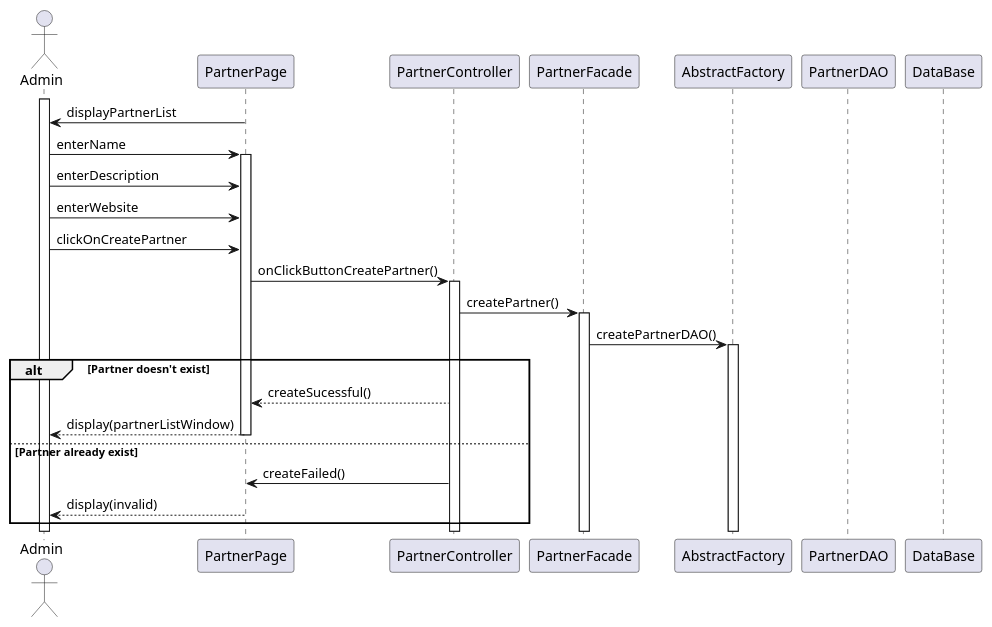
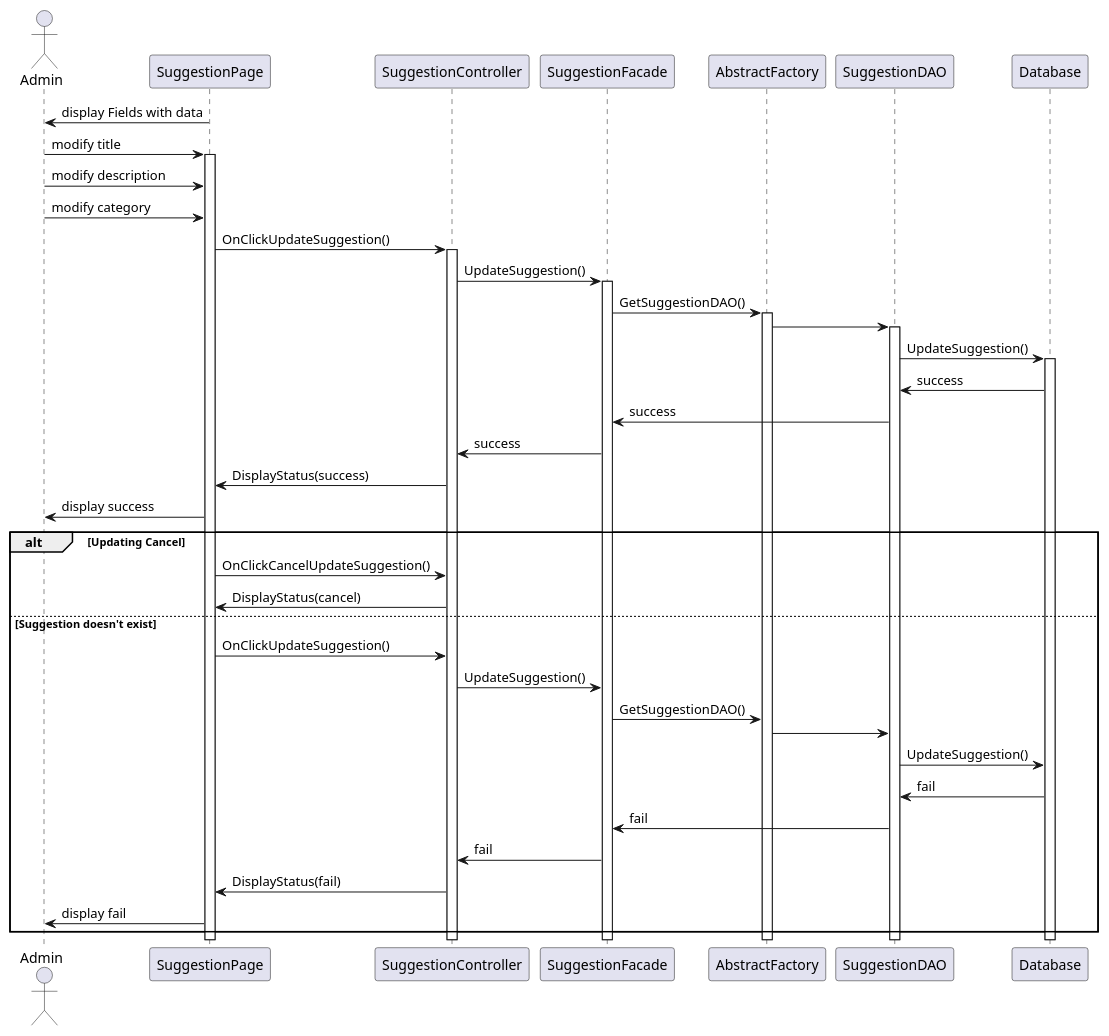
Before and after one commit to iusildra/WineCellar: the second of 3 diagrams in doc/reports/final/suggestions/suggestions_sequenceDiagram.plantuml, drawn with PlantUML. The commit also changed other lines of this file and 1 other file, not shown here.

Commit message:
reworking class diagram & sequence diagram

```diff
--- a/doc/reports/final/suggestions/suggestions_sequenceDiagram.plantuml
+++ b/doc/reports/final/suggestions/suggestions_sequenceDiagram.plantuml
@@ -18,31 +32,44 @@
 @startuml
 skinparam responseMessageBelowArrow true
 
 actor Admin
-participant PartnerPage
-participant PartnerController
-participant PartnerFacade
-participant AbstractFactory
-participant PartnerDAO
-participant DataBase
+ participant "SuggestionPage" as UI
+ participant "SuggestionController" as Controller
+ participant "SuggestionFacade" as Facade
+ participant "AbstractFactory" as Factory
+ participant "SuggestionDAO" as DAO
+ participant "Database" as DB
 
-activate Admin
+    UI -> Admin : display Fields with data
+    Admin -> UI++ : modify title
+    Admin -> UI : modify description
+    Admin -> UI : modify category
+    UI -> Controller++ : OnClickUpdateSuggestion()
 
-PartnerPage -> Admin: displayPartnerList
-Admin -> PartnerPage++: enterName
-Admin -> PartnerPage: enterDescription
-Admin -> PartnerPage: enterWebsite
-Admin -> PartnerPage: clickOnCreatePartner
-PartnerPage -> PartnerController++: onClickButtonCreatePartner()
-PartnerController -> PartnerFacade++: createPartner()
-PartnerFacade -> AbstractFactory++: createPartnerDAO()
+    Controller -> Facade++ : UpdateSuggestion()
+    Facade -> Factory++ : GetSuggestionDAO()
+    Factory -> DAO++ :
+    DAO -> DB++ : UpdateSuggestion()
+    DB -> DAO : success
+    DAO -> Facade : success
+    Facade -> Controller : success
+    Controller -> UI : DisplayStatus(success)
+    UI -> Admin : display success
 
-alt Partner doesn't exist
-    PartnerController --> PartnerPage: createSucessful()
-    PartnerPage --> Admin--: display(partnerListWindow)
-else Partner already exist
-    PartnerController -> PartnerPage: createFailed()
-    PartnerPage --> Admin--: display(invalid)
+alt Updating Cancel
+    UI -> Controller : OnClickCancelUpdateSuggestion()
+    Controller -> UI : DisplayStatus(cancel)
+else Suggestion doesn't exist
+    UI -> Controller : OnClickUpdateSuggestion()
+    Controller -> Facade : UpdateSuggestion()
+    Facade -> Factory : GetSuggestionDAO()
+    Factory -> DAO :
+    DAO -> DB : UpdateSuggestion()
+    DB -> DAO : fail
+    DAO -> Facade : fail
+    Facade -> Controller : fail
+    Controller -> UI : DisplayStatus(fail)
+    UI -> Admin : display fail
 end
 
 @enduml
```
